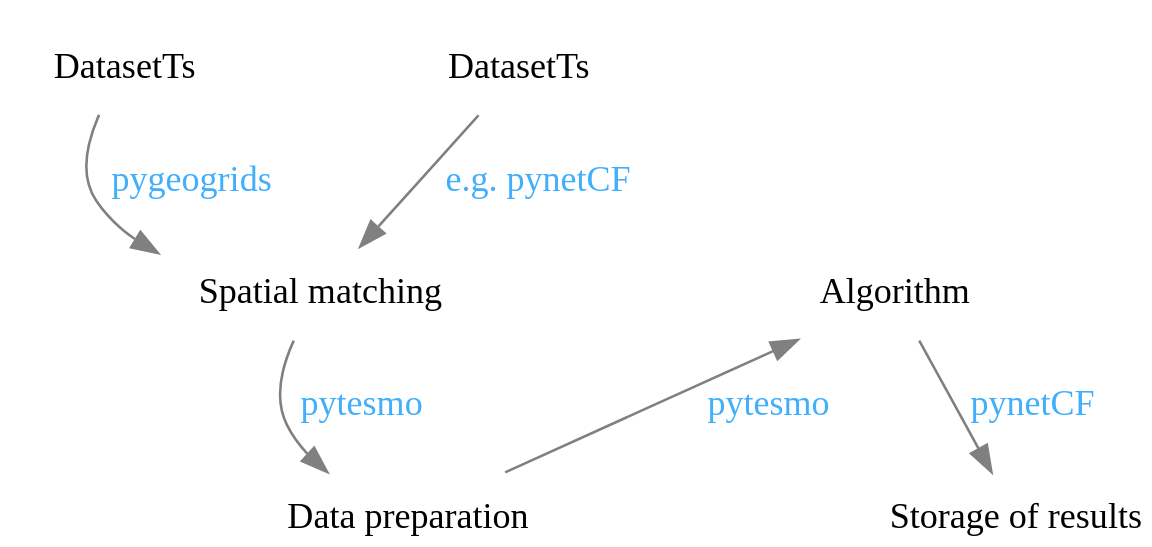
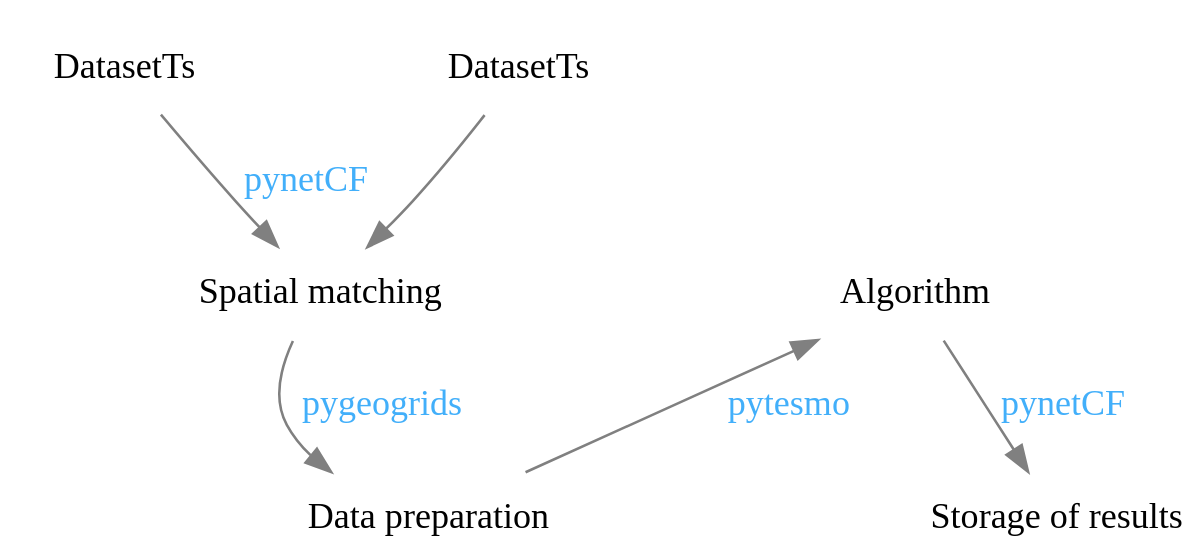
The fifth of 5 diagrams in index.org (cpaulik/2015-eoscience2.0), drawn with Graphviz before and after one commit. The commit also changed 1 other file, not shown here.

Commit message:
Update graphic workflow packages

```diff
--- a/index.org
+++ b/index.org
@@ -351,26 +351,26 @@
 #+begin_src dot :file ./img/workflow-packages.svg :cmdline -Kdot -Tsvg
 digraph G {
                 resolution=100
                 rankdir=UD
                 bgcolor=Transparent
                 fontcolor=White
                 nodesep=1.0
                 
                 node [style="filled", color=White, fontname="Hack" ,shape=box] //All nodes will this shape and colour
                 edge [color=Gray fontname="Hack" fontcolor="#42affa"] //All the lines look like this
                 
                 data [label="DatasetTs" shape=Mrecord]
                 data1 [label="DatasetTs" shape=Mrecord]
                 spatial [label="Spatial matching"]
                 dataprep [label="Data preparation"]
                 algo [label="Algorithm"]
                 store [label="Storage of results" shape=Mrecord]
 
-                {data1}->spatial [label="e.g. pynetCF"]
-                {data}->spatial [label="pygeogrids"]
-                spatial->dataprep [label="pytesmo"]
+                {data1}->spatial [label=""]
+                {data}->spatial [label="pynetCF"]
+                spatial->dataprep [label="pygeogrids"]
                 dataprep->algo [label="pytesmo"]
                 algo->store [label="pynetCF"]
                 {rank=same; spatial algo}
 }
 #+end_src
```
